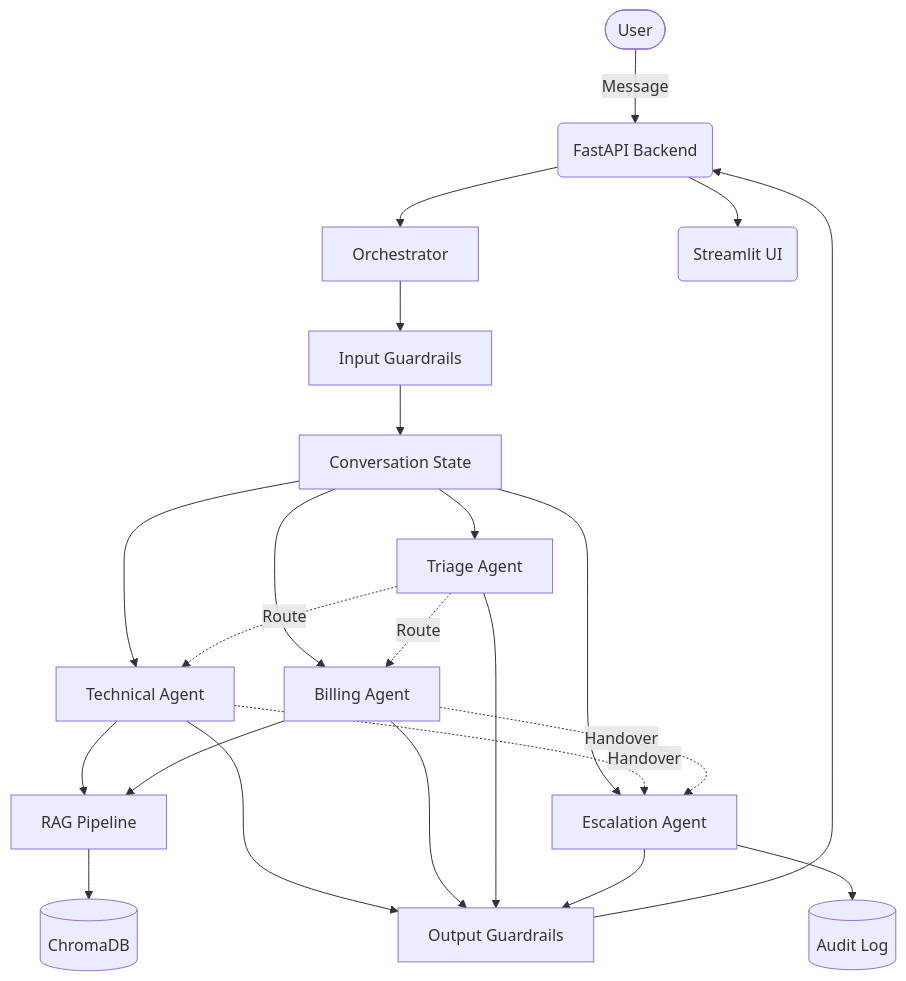
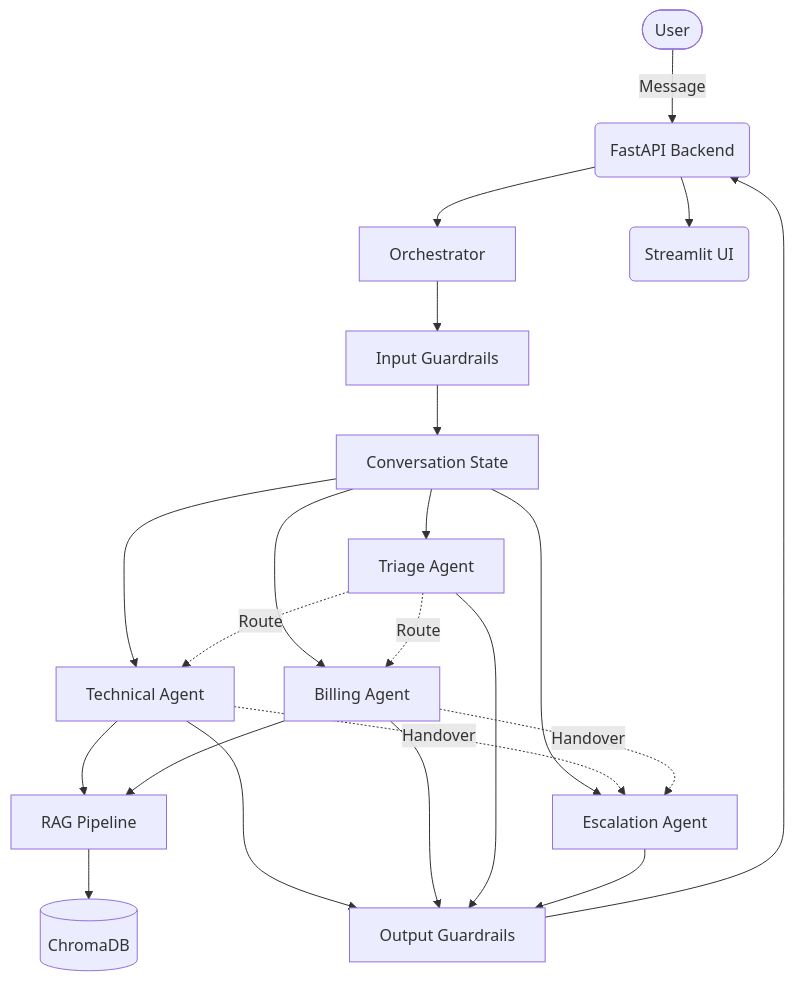
The diagram in README.md (SoumyadeepXD/CloudDash-_Support_vikara_Soumyadeep), drawn with Mermaid before and after one commit. The commit also changed other lines of this file and 1 other file, not shown here.

````diff
--- a/README.md
+++ b/README.md
@@ -27,33 +38,32 @@
 ```mermaid
 flowchart TD
     User([User]) -->|Message| API(FastAPI Backend)
     API --> Orchestrator
     Orchestrator --> InputGuard[Input Guardrails]
     InputGuard --> State[Conversation State]
     
     State --> TriageAgent[Triage Agent]
     State --> TechAgent[Technical Agent]
     State --> BillingAgent[Billing Agent]
     State --> EscAgent[Escalation Agent]
     
     TriageAgent -.->|Route| TechAgent
     TriageAgent -.->|Route| BillingAgent
     
     TechAgent --> RAG[RAG Pipeline]
     BillingAgent --> RAG
     
     RAG --> Chroma[(ChromaDB)]
     
     TechAgent -.->|Handover| EscAgent
     BillingAgent -.->|Handover| EscAgent
     
-    TechAgent --> OutputGuard[Output Guardrails]
+    OutputGuard[Output Guardrails]
+    TechAgent --> OutputGuard
     BillingAgent --> OutputGuard
     TriageAgent --> OutputGuard
     EscAgent --> OutputGuard
     
     OutputGuard --> API
     API --> UI(Streamlit UI)
-    
-    EscAgent --> Audit[(Audit Log)]
 ```
````
